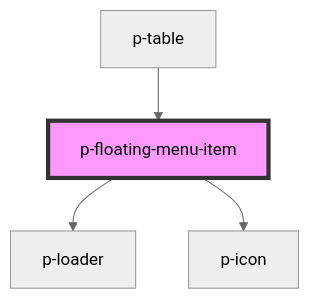
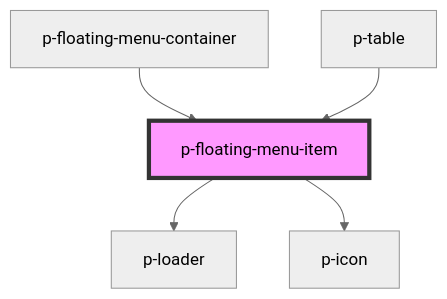
The diagram in packages/core/src/components/atoms/floating-menu/item/readme.md (Employes/Paperless), drawn with Mermaid (neutral theme) before and after one commit. The commit also changed other lines of this file and 5 other files, not shown here.

Commit message:
refactor(atoms/floating-menu): Apply new colors

````diff
--- a/packages/core/src/components/atoms/floating-menu/item/readme.md
+++ b/packages/core/src/components/atoms/floating-menu/item/readme.md
@@ -33,7 +34,8 @@
 ```mermaid
 graph TD;
   p-floating-menu-item --> p-loader
   p-floating-menu-item --> p-icon
+  p-floating-menu-container --> p-floating-menu-item
   p-table --> p-floating-menu-item
   style p-floating-menu-item fill:#f9f,stroke:#333,stroke-width:4px
 ```
````
